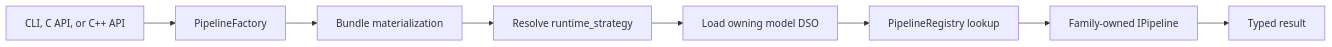
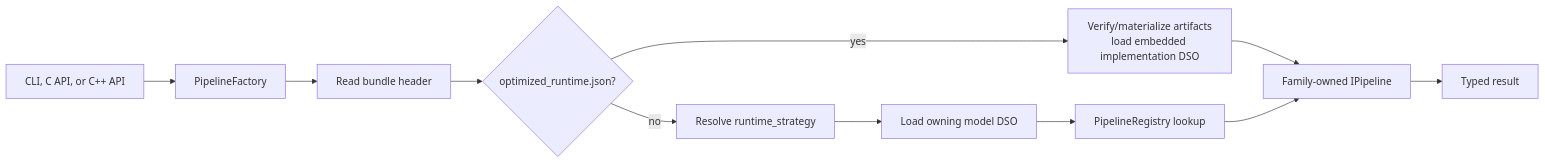
Before and after one commit to NVIDIA/TensorRT-Model-Connect: the second of 2 diagrams in website/docs/wiki/Architecture-Overview.md, drawn with Mermaid. The commit also changed other lines of this file and 76 other files, not shown here.

````diff
--- a/website/docs/wiki/Architecture-Overview.md
+++ b/website/docs/wiki/Architecture-Overview.md
@@ -25,10 +31,13 @@
 ```mermaid
 flowchart LR
   Entry["CLI, C API, or C++ API"] --> Factory["PipelineFactory"]
-  Factory --> Bundle["Bundle materialization"]
-  Bundle --> Strategy["Resolve runtime_strategy"]
+  Factory --> Bundle["Read bundle header"]
+  Bundle --> Kind{"optimized_runtime.json?"}
+  Kind -->|yes| Provider["Verify/materialize artifacts<br/>load embedded implementation DSO"]
+  Provider --> Pipeline
+  Kind -->|no| Strategy["Resolve runtime_strategy"]
   Strategy --> Loader["Load owning model DSO"]
   Loader --> Registry["PipelineRegistry lookup"]
   Registry --> Pipeline["Family-owned IPipeline"]
   Pipeline --> Result["Typed result"]
 ```
````
